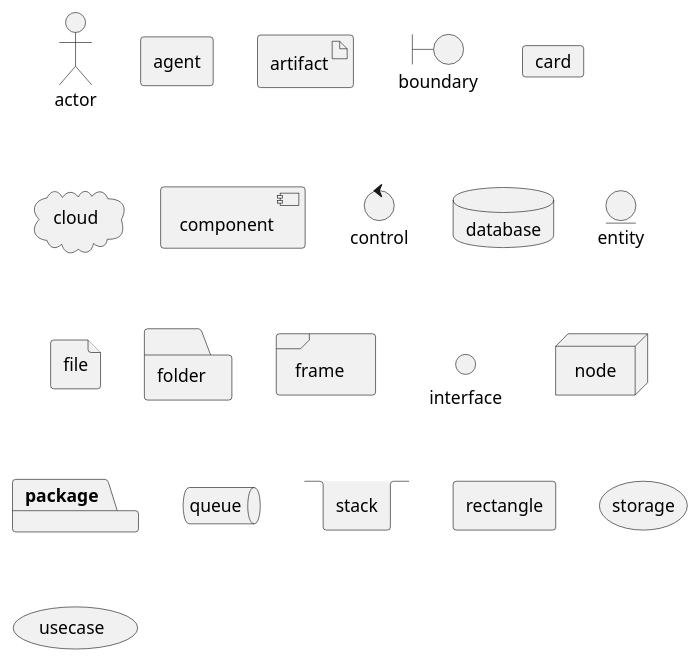
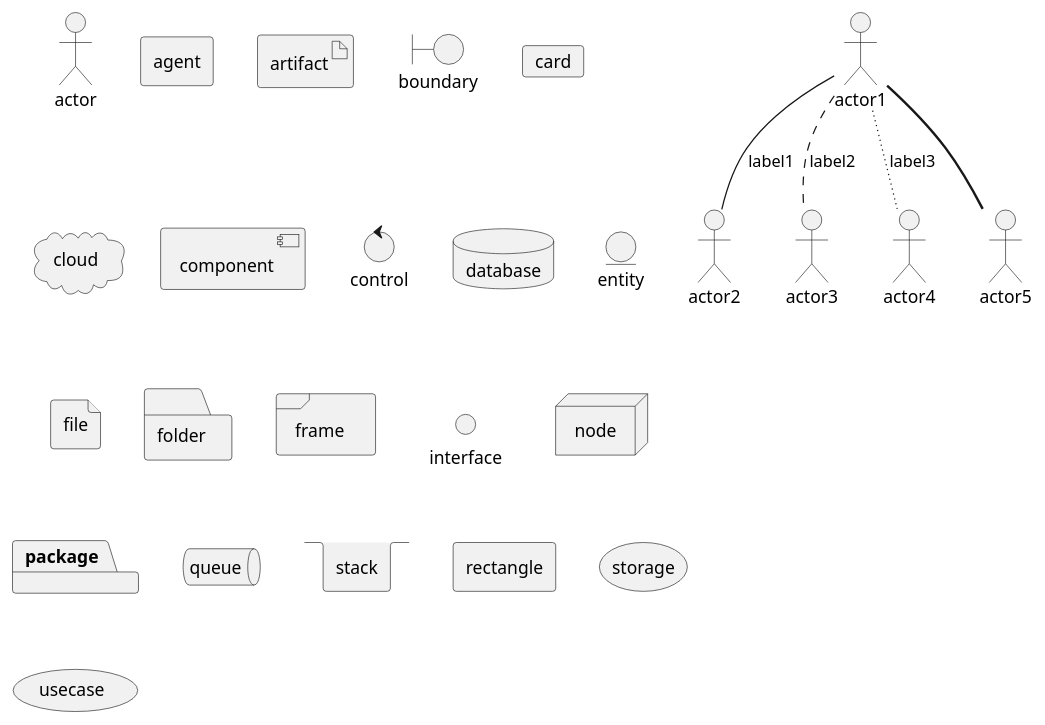
The diagram in diagrams/structural diagrams/deployment.puml (ash1khan/boilerplate), drawn with PlantUML before and after one commit. The commit also changed other lines of this file and 4 other files, not shown here.

Commit message:
folder structure change, start of real uml, output folder added

```diff
--- a/diagrams/structural diagrams/deployment.puml
+++ b/diagrams/structural diagrams/deployment.puml
@@ -30,24 +14,38 @@
 @startuml
+' Style area
+
+' Icons area
+
+' Skip Parameteres
+
+' Header Title area
+
+' all deployment key definition
 actor actor
 agent agent
 artifact artifact
 boundary boundary
 card card
 cloud cloud
 component component
 control control
 database database
 entity entity
 file file
 folder folder
 frame frame
 interface  interface
 node node
 package package
 queue queue
 stack stack
 rectangle rectangle
 storage storage
 usecase usecase
 
+actor1 -- actor2 : label1
+actor1 .. actor3 : label2
+actor1 ~~ actor4 : label3
+actor1 == actor5
+
 @enduml
```
